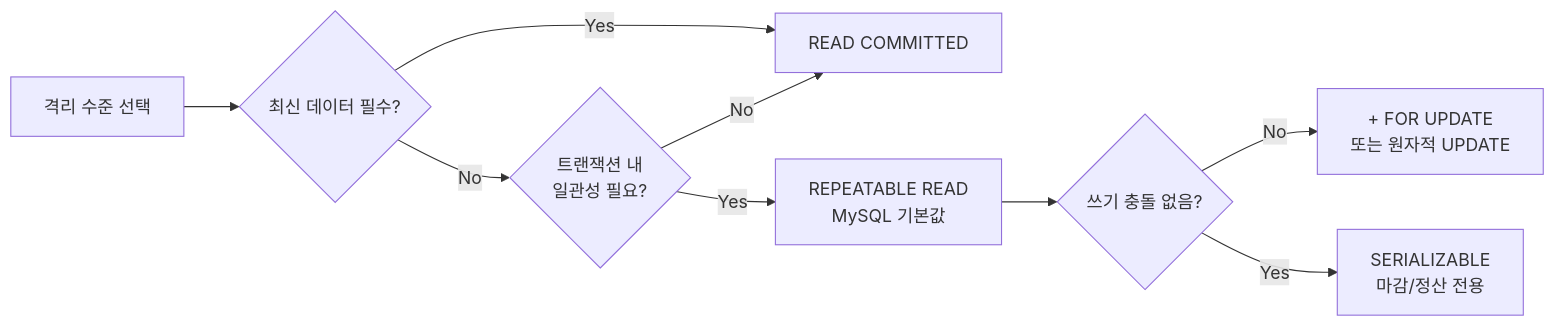
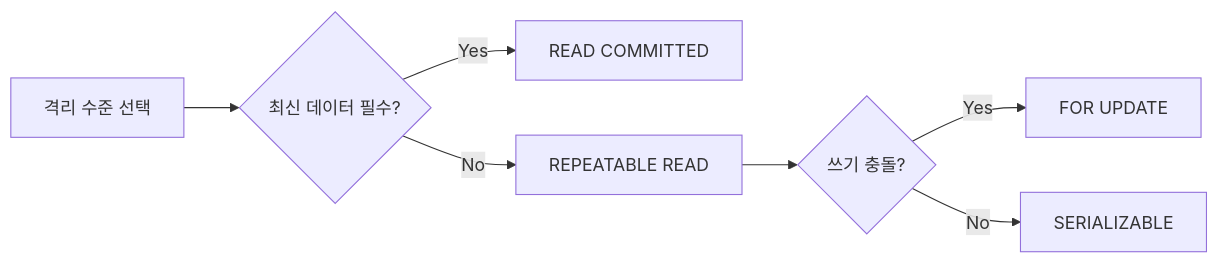
Before and after one commit to yjkim2015/yjkim2015.github.io: the third of 3 diagrams in _posts/db/2026-05-03-db-transaction-isolation.md, drawn with Mermaid. The commit also changed other lines of this file and 245 other files, not shown here.

First line of the commit message:
Mermaid 다이어그램 전면 수정 + 면접 포인트 접기/펼치기 + DB 데드락 페이지

````diff
--- a/_posts/db/2026-05-03-db-transaction-isolation.md
+++ b/_posts/db/2026-05-03-db-transaction-isolation.md
@@ -1459,11 +1461,9 @@
 ```mermaid
 graph LR
     START["격리 수준 선택"] --> Q1{"최신 데이터 필수?"}
     Q1 -->|Yes| RC["READ COMMITTED"]
-    Q1 -->|No| Q2{"트랜잭션 내<br>일관성 필요?"}
-    Q2 -->|Yes| RR["REPEATABLE READ<br>MySQL 기본값"]
-    Q2 -->|No| RC
-    RR --> Q3{"쓰기 충돌 없음?"}
-    Q3 -->|No| FU["+ FOR UPDATE<br>또는 원자적 UPDATE"]
-    Q3 -->|Yes| SER["SERIALIZABLE<br>마감/정산 전용"]
+    Q1 -->|No| RR["REPEATABLE READ"]
+    RR --> Q2{"쓰기 충돌?"}
+    Q2 -->|Yes| FU["FOR UPDATE"]
+    Q2 -->|No| SER["SERIALIZABLE"]
 ```
````
